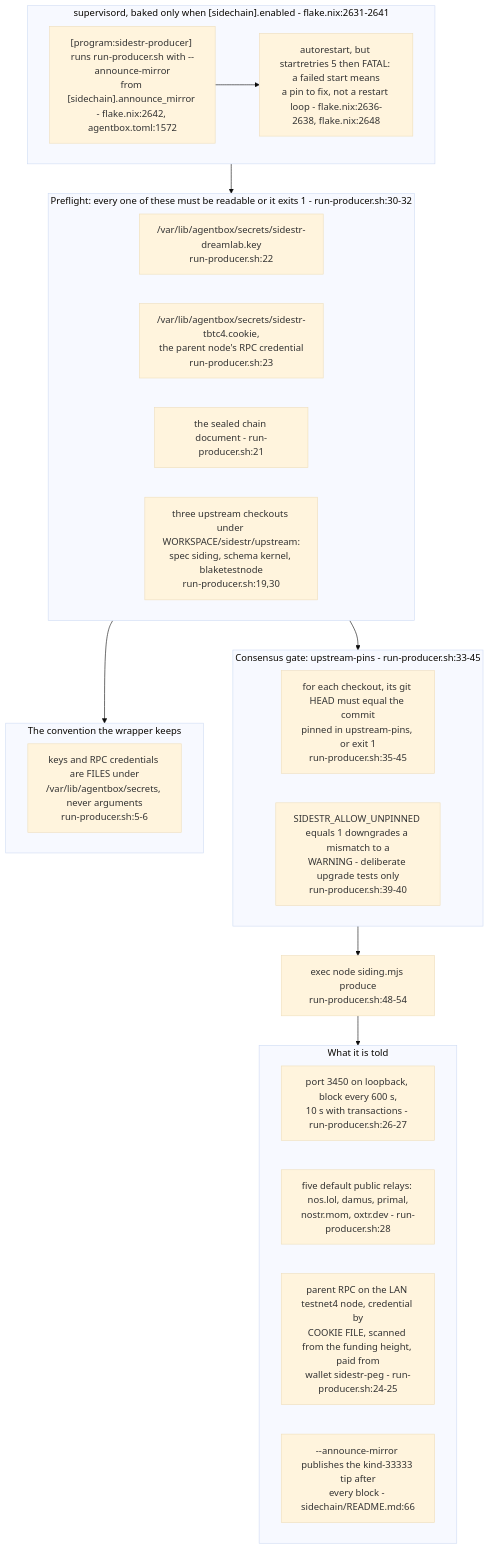
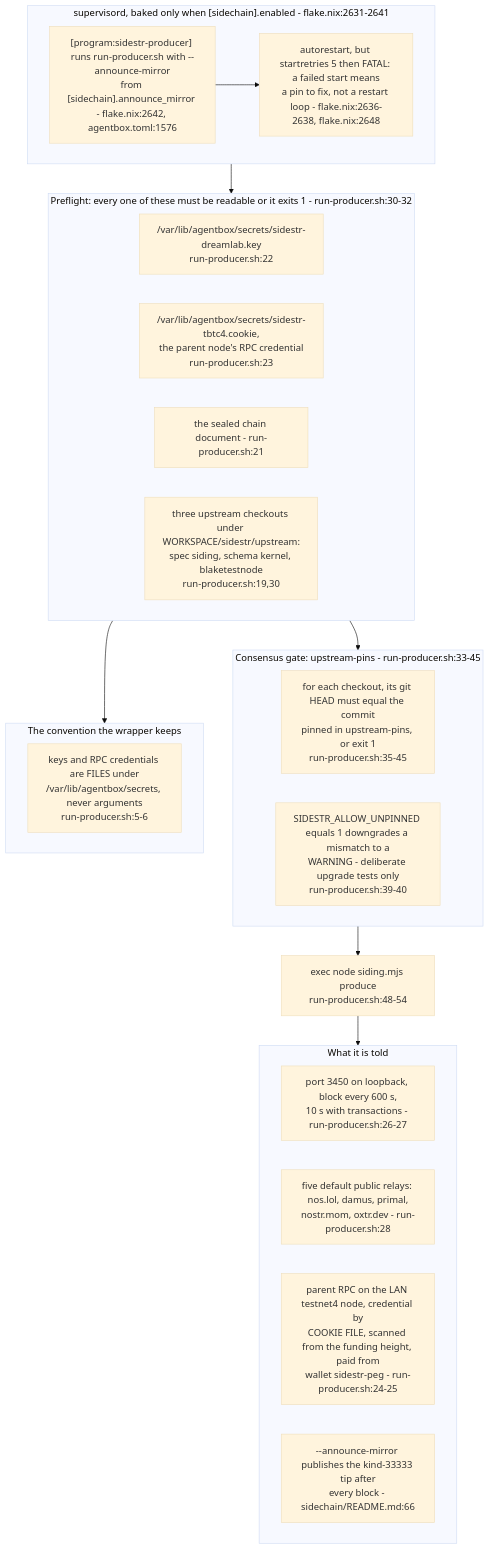
Before and after one commit to DreamLab-AI/VisionFlow: the first of 5 diagrams in docs/diagrams/agentbox/34-sidestr-interim-producer-and-mirror.md, drawn with Mermaid (base theme). The commit also changed other lines of this file and 31 other files, not shown here.

````diff
--- a/docs/diagrams/agentbox/34-sidestr-interim-producer-and-mirror.md
+++ b/docs/diagrams/agentbox/34-sidestr-interim-producer-and-mirror.md
@@ -39,32 +40,32 @@
 ```mermaid
 flowchart TB
     subgraph sup["supervisord, baked only when [sidechain].enabled - flake.nix:2631-2641"]
-        SP["[program:sidestr-producer] runs run-producer.sh with --announce-mirror<br/>from [sidechain].announce_mirror - flake.nix:2642, agentbox.toml:1572"]
+        SP["[program:sidestr-producer] runs run-producer.sh with --announce-mirror<br/>from [sidechain].announce_mirror - flake.nix:2642, agentbox.toml:1576"]
         SR["autorestart, but startretries 5 then FATAL: a failed start means<br/>a pin to fix, not a restart loop - flake.nix:2636-2638, flake.nix:2648"]
         SP --> SR
     end
     subgraph pre["Preflight: every one of these must be readable or it exits 1 - run-producer.sh:30-32"]
         P1["/var/lib/agentbox/secrets/sidestr-dreamlab.key<br/>run-producer.sh:22"]
         P2["/var/lib/agentbox/secrets/sidestr-tbtc4.cookie,<br/>the parent node's RPC credential<br/>run-producer.sh:23"]
         P3["the sealed chain document - run-producer.sh:21"]
         P4["three upstream checkouts under WORKSPACE/sidestr/upstream:<br/>spec siding, schema kernel, blaketestnode<br/>run-producer.sh:19,30"]
     end
     subgraph pins["Consensus gate: upstream-pins - run-producer.sh:33-45"]
         G1["for each checkout, its git HEAD must equal the commit<br/>pinned in upstream-pins, or exit 1<br/>run-producer.sh:35-45"]
         G2["SIDESTR_ALLOW_UNPINNED equals 1 downgrades a mismatch to a<br/>WARNING - deliberate upgrade tests only<br/>run-producer.sh:39-40"]
     end
     sup --> pre
     pre --> pins
     pins --> EXEC["exec node siding.mjs produce<br/>run-producer.sh:48-54"]
     subgraph args["What it is told"]
         A1["port 3450 on loopback, block every 600 s,<br/>10 s with transactions - run-producer.sh:26-27"]
         A2["five default public relays: nos.lol, damus, primal,<br/>nostr.mom, oxtr.dev - run-producer.sh:28"]
         A3["parent RPC on the LAN testnet4 node, credential by<br/>COOKIE FILE, scanned from the funding height, paid from<br/>wallet sidestr-peg - run-producer.sh:24-25"]
         A4["--announce-mirror publishes the kind-33333 tip after<br/>every block - sidechain/README.md:66"]
     end
     EXEC --> args
     subgraph rule["The convention the wrapper keeps"]
         R["keys and RPC credentials are FILES under<br/>/var/lib/agentbox/secrets, never arguments<br/>run-producer.sh:5-6"]
     end
     pre --> rule
 ```
````
